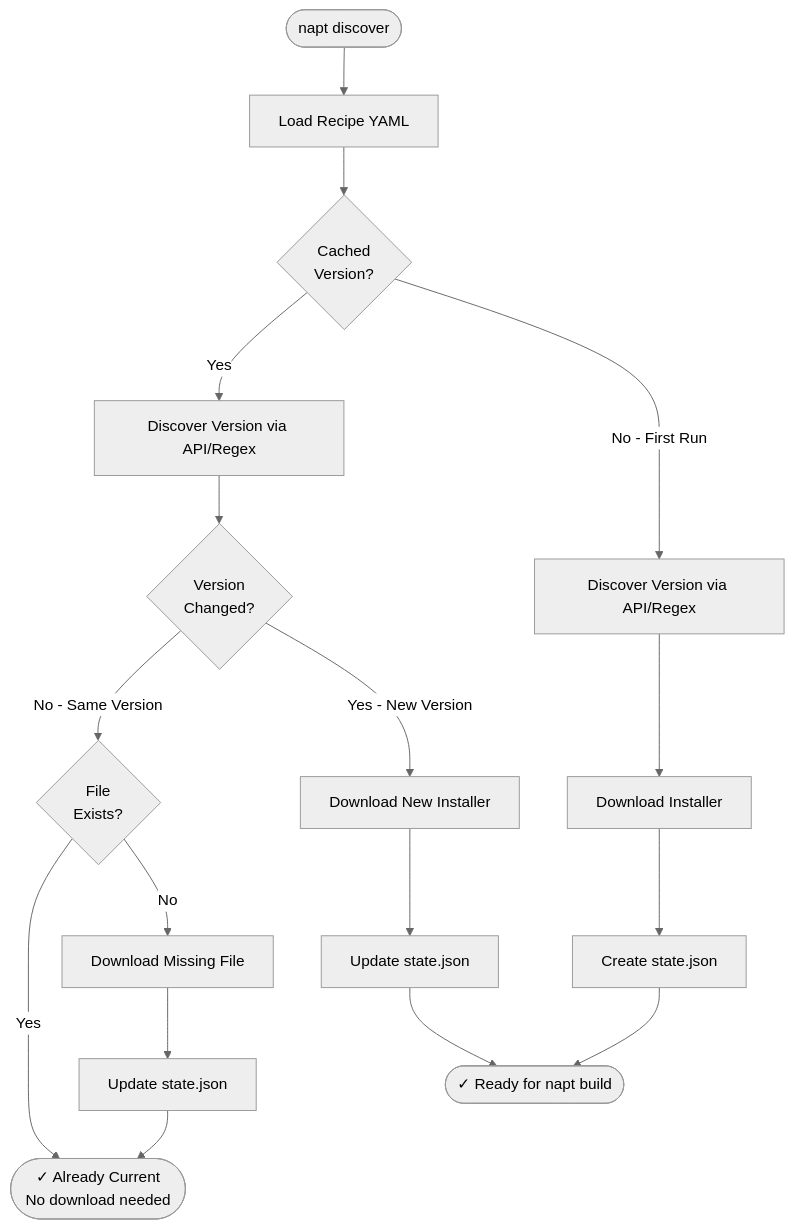
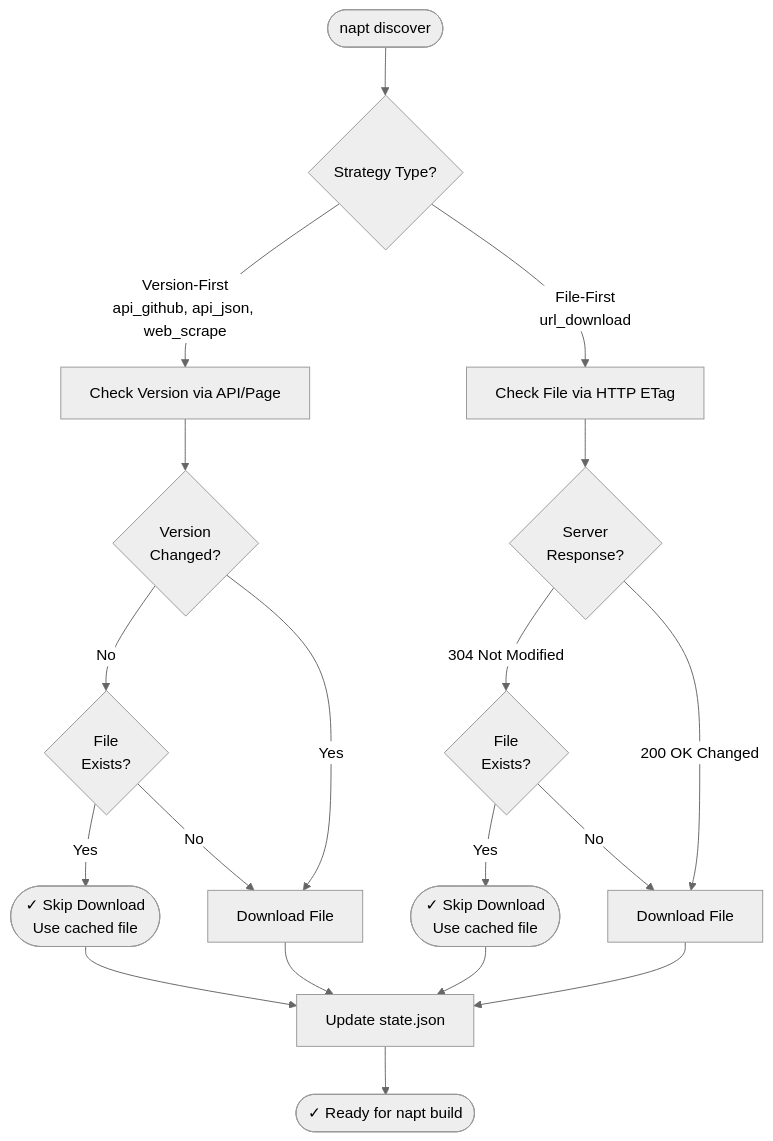
Before and after one commit to RogerCibrian/notapkgtool: the second of 2 diagrams in docs/user-guide.md, drawn with Mermaid (neutral theme). The commit also changed other lines of this file and 15 other files, not shown here.

````diff
--- a/docs/user-guide.md
+++ b/docs/user-guide.md
@@ -251,23 +233,27 @@
 ```mermaid
 flowchart TD
-    Start([napt discover]) --> LoadRecipe[Load Recipe YAML]
-    LoadRecipe --> CheckCache{Cached<br/>Version?}
+    Start([napt discover]) --> Strategy{Strategy Type?}
     
-    CheckCache -->|Yes| DiscoverAPI[Discover Version via API/Regex]
-    CheckCache -->|No - First Run| DiscoverFirst[Discover Version via API/Regex]
+    Strategy -->|Version-First<br/>api_github, api_json, web_scrape| CheckVersion[Check Version via API/Page]
+    Strategy -->|File-First<br/>url_download| CheckETag[Check File via HTTP ETag]
     
-    DiscoverAPI --> Compare{Version<br/>Changed?}
-    Compare -->|No - Same Version| CheckFile{File<br/>Exists?}
-    CheckFile -->|Yes| Done([✓ Already Current<br/>No download needed])
-    CheckFile -->|No| DownloadMissing[Download Missing File]
-    DownloadMissing --> UpdateState1[Update state.json]
-    UpdateState1 --> Done
+    CheckVersion --> VersionChanged{Version<br/>Changed?}
+    VersionChanged -->|No| FileExists1{File<br/>Exists?}
+    VersionChanged -->|Yes| Download1[Download File]
     
-    Compare -->|Yes - New Version| DownloadNew[Download New Installer]
-    DownloadNew --> UpdateState2[Update state.json]
-    UpdateState2 --> Ready([✓ Ready for napt build])
+    CheckETag --> ETagResponse{Server<br/>Response?}
+    ETagResponse -->|304 Not Modified| FileExists2{File<br/>Exists?}
+    ETagResponse -->|200 OK Changed| Download2[Download File]
     
-    DiscoverFirst --> DownloadFirstRun[Download Installer]
-    DownloadFirstRun --> CreateState[Create state.json]
-    CreateState --> Ready
+    FileExists1 -->|Yes| SkipDownload1([✓ Skip Download<br/>Use cached file])
+    FileExists1 -->|No| Download1
+    
+    FileExists2 -->|Yes| SkipDownload2([✓ Skip Download<br/>Use cached file])
+    FileExists2 -->|No| Download2
+    
+    Download1 --> UpdateState[Update state.json]
+    Download2 --> UpdateState
+    SkipDownload1 --> UpdateState
+    SkipDownload2 --> UpdateState
+    UpdateState --> Ready([✓ Ready for napt build])
 ```
````
